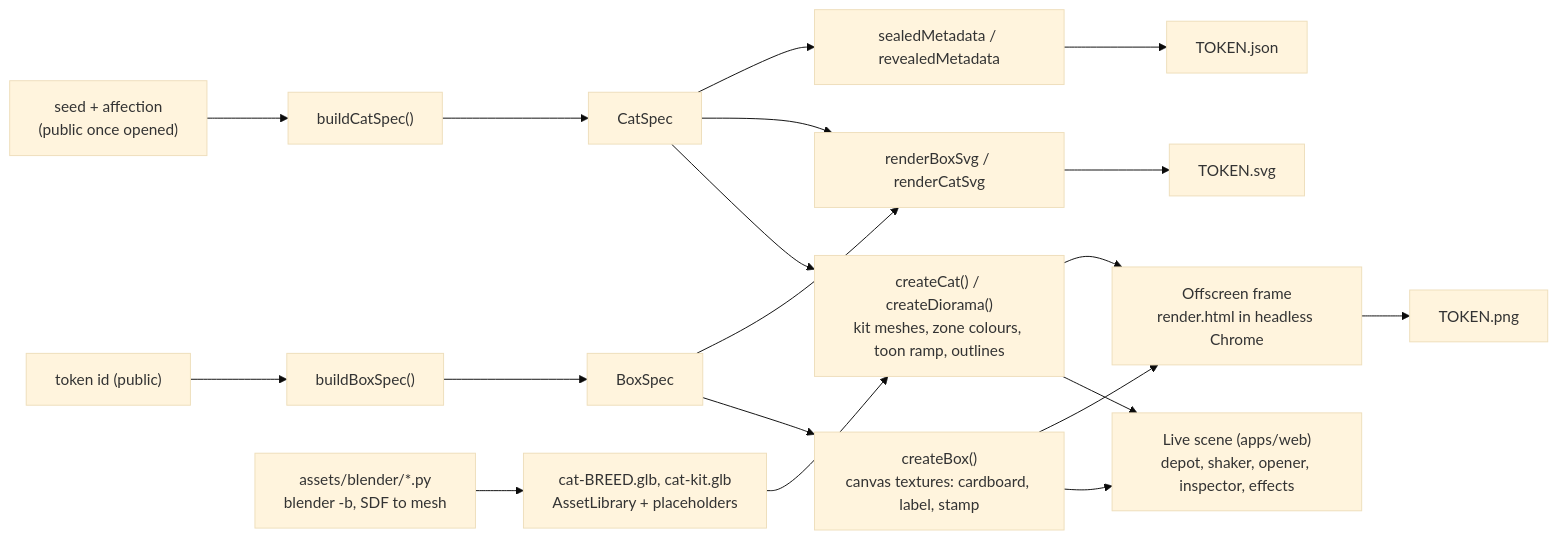
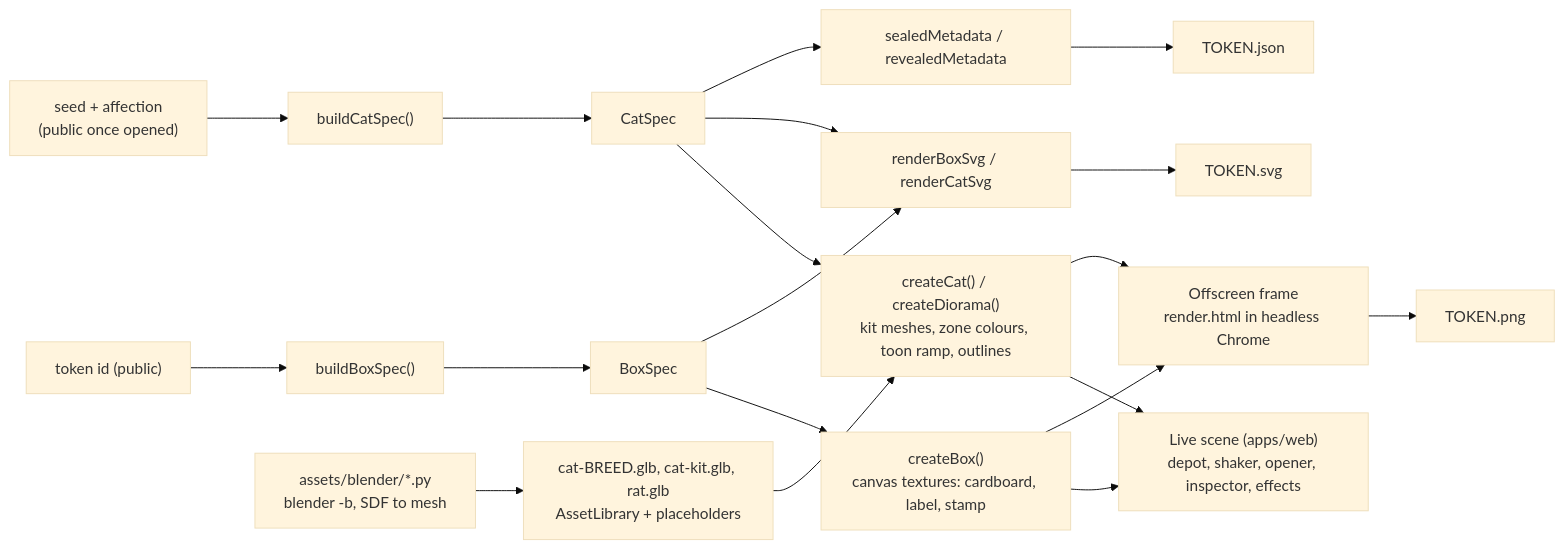
The fifth of 6 diagrams in docs/ARCHITECTURE.md (jecombe/do_not_open), drawn with Mermaid (base theme) before and after one commit. The commit also changed other lines of this file and 47 other files, not shown here.

````diff
--- a/docs/ARCHITECTURE.md
+++ b/docs/ARCHITECTURE.md
@@ -121,18 +121,18 @@
 ```mermaid
 flowchart LR
   tid["token id (public)"] --> bs["buildBoxSpec()"] --> BoxSpec
   seed["seed + affection<br/>(public once opened)"] --> cs["buildCatSpec()"] --> CatSpec
 
   BoxSpec --> cb["createBox()<br/>canvas textures: cardboard, label, stamp"]
   CatSpec --> cc["createCat() / createDiorama()<br/>kit meshes, zone colours, toon ramp, outlines"]
-  py["assets/blender/*.py<br/>blender -b, SDF to mesh"] --> glb["cat-BREED.glb, cat-kit.glb<br/>AssetLibrary + placeholders"] --> cc
+  py["assets/blender/*.py<br/>blender -b, SDF to mesh"] --> glb["cat-BREED.glb, cat-kit.glb, rat.glb<br/>AssetLibrary + placeholders"] --> cc
 
   cb --> live["Live scene (apps/web)<br/>depot, shaker, opener, inspector, effects"]
   cc --> live
   cb --> off["Offscreen frame<br/>render.html in headless Chrome"]
   cc --> off
   off --> png["TOKEN.png"]
   BoxSpec --> svg["renderBoxSvg / renderCatSvg"] --> svgf["TOKEN.svg"]
   CatSpec --> svg
   CatSpec --> meta["sealedMetadata / revealedMetadata"] --> json["TOKEN.json"]
 ```
````
